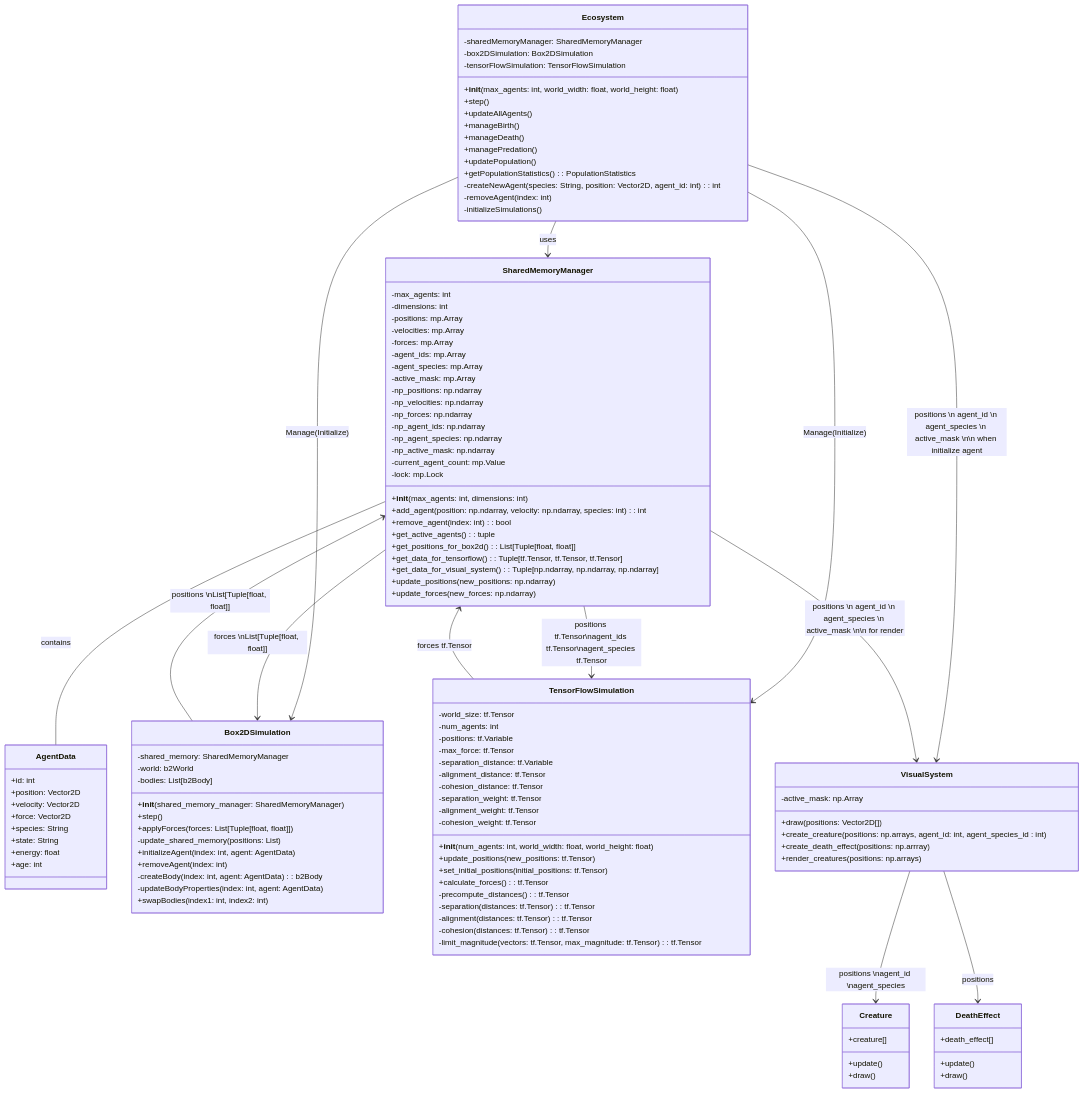
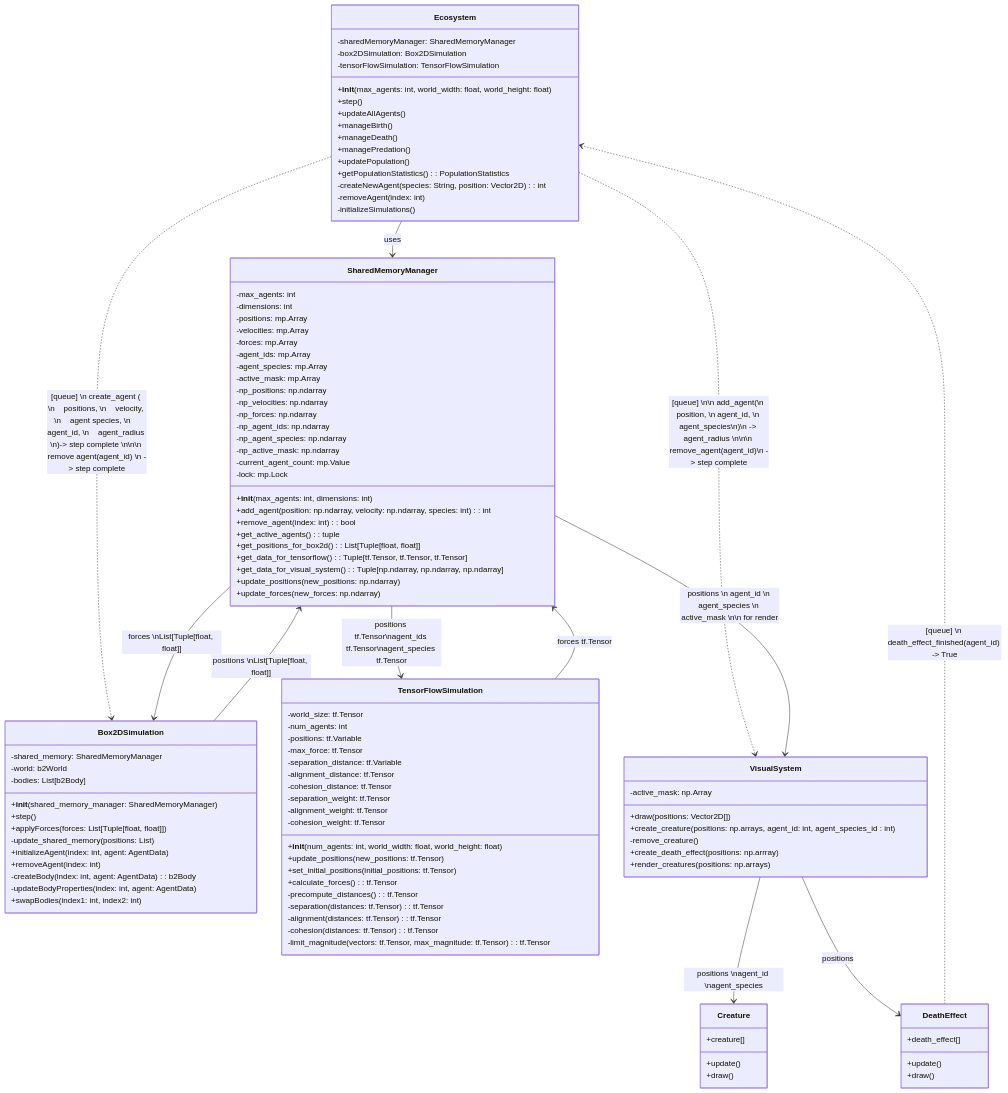
One commit to sw-sw-sw/yaorozu_simple_circle changed the first of 2 diagrams in CLASS/class.md. Above: the diagram before and after it, drawn with Mermaid. The commit also changed other lines of this file and 3 other files, not shown here.

Commit message:
クラス図を詰める

```diff
--- a/CLASS/class.md
+++ b/CLASS/class.md
@@ -13,7 +13,7 @@
         +managePredation()
         +updatePopulation()
         +getPopulationStatistics() : PopulationStatistics
-        -createNewAgent(species: String, position: Vector2D, agent_id: int) : int
+        -createNewAgent(species: String, position: Vector2D) : int
         -removeAgent(index: int)
         -initializeSimulations()
     }
@@ -52,16 +52,7 @@
 
 
 
-    class AgentData {
-        +id: int
-        +position: Vector2D
-        +velocity: Vector2D
-        +force: Vector2D
-        +species: String
-        +state: String
-        +energy: float
-        +age: int
-    }
+
 
 
     class Box2DSimulation {
@@ -106,6 +97,8 @@
         -active_mask: np.Array
         +draw(positions: Vector2D[] )
         +create_creature(positions: np.arrays, agent_id: int, agent_species_id : int)
+        -remove_creature()
+
         +create_death_effect(positions: np.arrray)
         +render_creatures(positions: np.arrays)
     }
@@ -124,17 +117,15 @@
     }
 
     Ecosystem --> SharedMemoryManager: uses
-    Ecosystem --> Box2DSimulation: Manage(Initialize)
-    Ecosystem --> TensorFlowSimulation: Manage(Initialize)
-    Ecosystem --> VisualSystem: positions \n agent_id \n agent_species \n active_mask \n\n when initialize agent
-
+    Ecosystem ..> VisualSystem: [queue] \n\n add_agent(\n position, \n agent_id, \n agent_species\n)\n -> agent_radius \n\n\n remove_agent(agent_id)\n -> step complete
+    Ecosystem ..> Box2DSimulation: [queue] \n create_agent ( \n    positions, \n    velocity, \n    agent species, \n    agent_id, \n    agent_radius \n)-> step complete \n\n\n remove agent(agent_id) \n -> step complete
+    DeathEffect ..> Ecosystem: [queue] \n death_effect_finished(agent_id) -> True
 
     SharedMemoryManager --> TensorFlowSimulation : positions tf.Tensor\nagent_ids tf.Tensor\nagent_species tf.Tensor
     SharedMemoryManager <-- TensorFlowSimulation : forces tf.Tensor
     SharedMemoryManager --> Box2DSimulation : forces \nList[Tuple[float, float]]
     SharedMemoryManager <-- Box2DSimulation : positions \nList[Tuple[float, float]]
     SharedMemoryManager --> VisualSystem: positions \n agent_id \n agent_species \n active_mask \n\n for render
-    SharedMemoryManager  -- AgentData: contains
 
 
     VisualSystem --> Creature: positions \nagent_id \nagent_species
```
